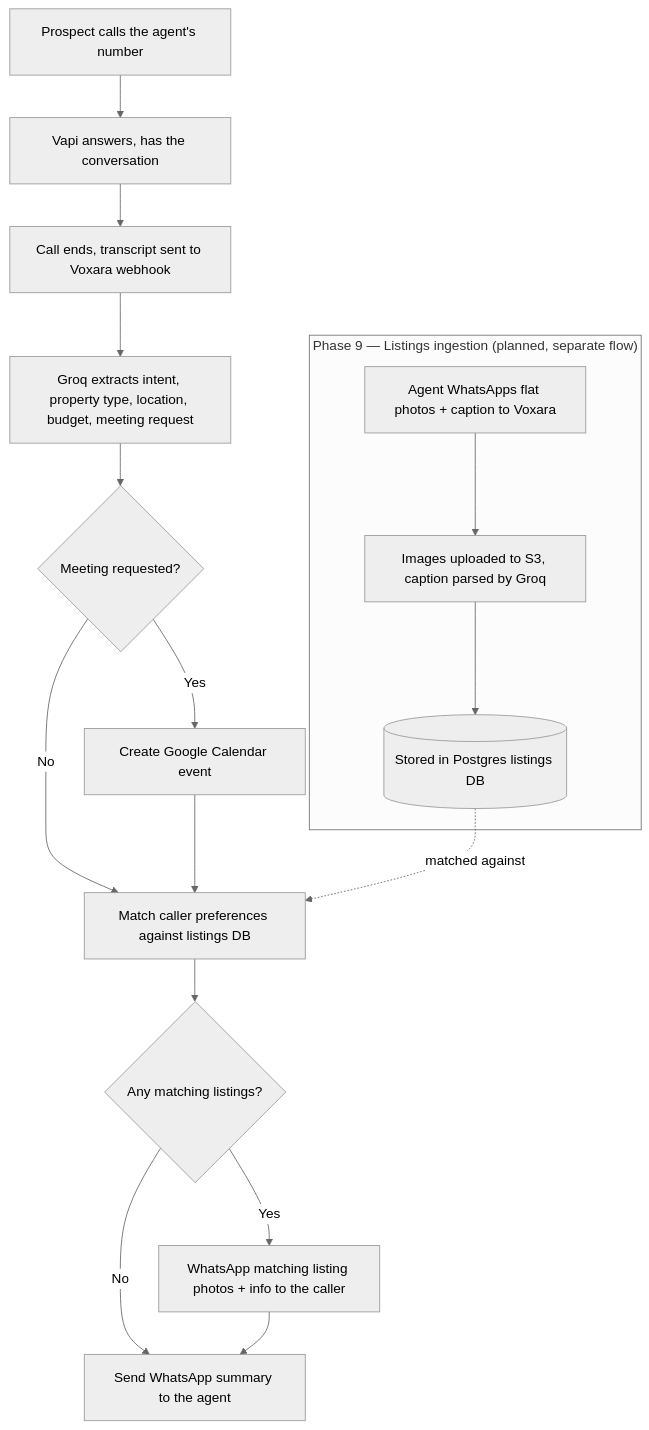
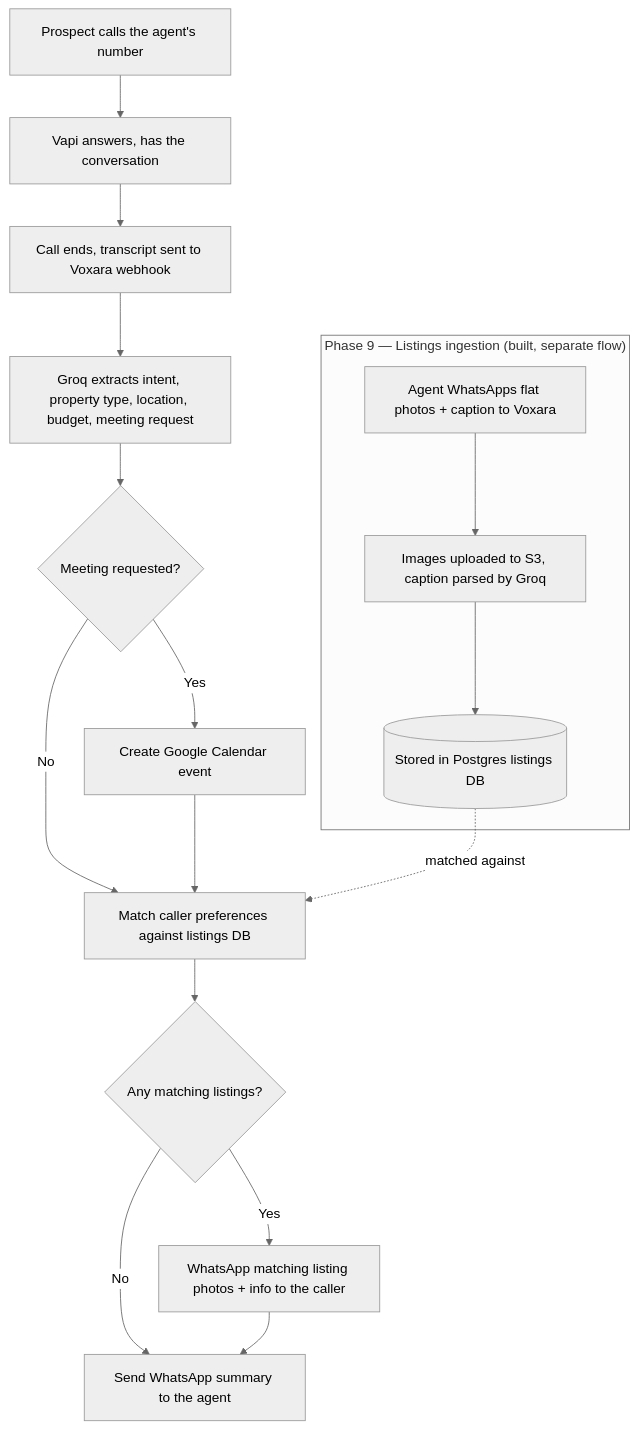
Before and after one commit to shreyas7ss/Voxara: the diagram in README.md, drawn with Mermaid (neutral theme). The commit also changed other lines of this file and 11 other files, not shown here.

````diff
--- a/README.md
+++ b/README.md
@@ -24,22 +28,22 @@
 ```mermaid
 flowchart TD
-    subgraph P9["Phase 9 — Listings ingestion (planned, separate flow)"]
+    subgraph P9["Phase 9 — Listings ingestion (built, separate flow)"]
         L1[Agent WhatsApps flat photos + caption to Voxara]
         L2[Images uploaded to S3, caption parsed by Groq]
         L3[(Stored in Postgres listings DB)]
         L1 --> L2 --> L3
     end
 
     A[Prospect calls the agent's number] --> B[Vapi answers, has the conversation]
     B --> C[Call ends, transcript sent to Voxara webhook]
     C --> D[Groq extracts intent, property type, location, budget, meeting request]
     D --> E{Meeting requested?}
     E -- Yes --> F[Create Google Calendar event]
     E -- No --> M
     F --> M[Match caller preferences against listings DB]
     L3 -.matched against.-> M
     M --> N{Any matching listings?}
     N -- Yes --> O[WhatsApp matching listing photos + info to the caller]
     N -- No --> G
     O --> G[Send WhatsApp summary to the agent]
 ```
````
